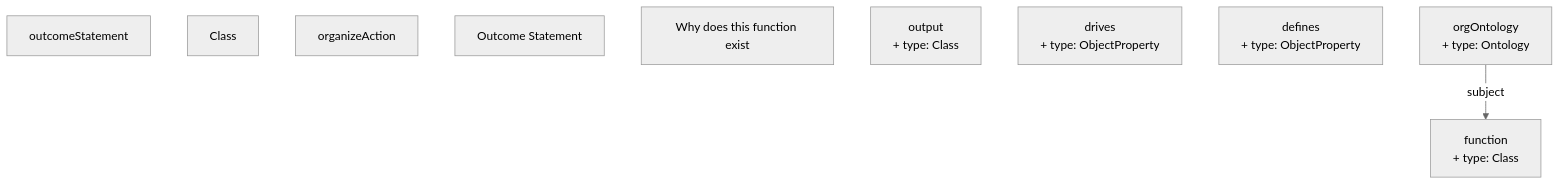
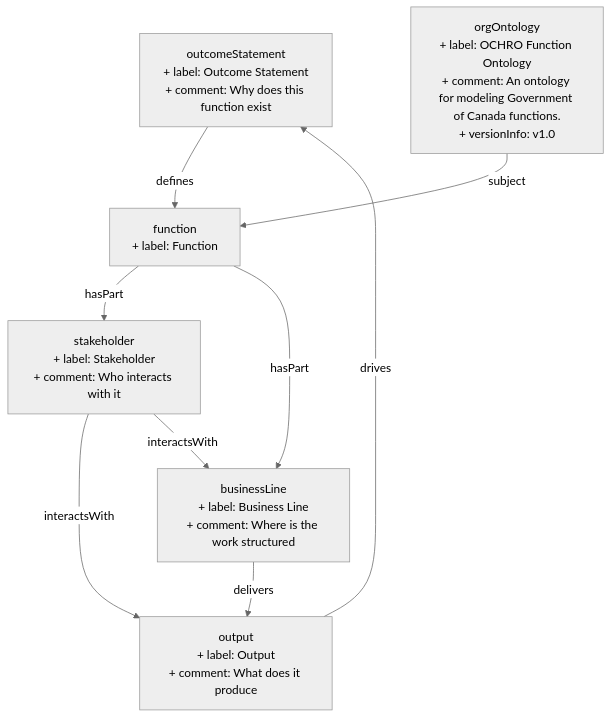
One commit to heidingaway/heidi2 changed the diagram in content/outcomeStatement.md. Above: the diagram before and after it, drawn with Mermaid (neutral theme). The commit also changed other lines of this file and 6 other files, not shown here.

````diff
--- a/content/outcomeStatement.md
+++ b/content/outcomeStatement.md
@@ -39,14 +43,17 @@
 ```mermaid
 graph TD
-  outcomeStatement["outcomeStatement"]
-  Class["Class"]
-  organizeAction["organizeAction"]
-  Outcome_Statement["Outcome Statement"]
-  Why_does_this_function_exist["Why does this function exist"]
-  function["function<br>+ type: Class"]
-  output["output<br>+ type: Class"]
-  drives["drives<br>+ type: ObjectProperty"]
-  defines["defines<br>+ type: ObjectProperty"]
-  orgOntology["orgOntology<br>+ type: Ontology"]
+  outcomeStatement["outcomeStatement<br>+ label: Outcome Statement<br>+ comment: Why does this function exist"]:::current-page-node
+  function["function<br>+ label: Function"]
+  output["output<br>+ label: Output<br>+ comment: What does it produce"]
+  stakeholder["stakeholder<br>+ label: Stakeholder<br>+ comment: Who interacts with it"]
+  businessLine["businessLine<br>+ label: Business Line<br>+ comment: Where is the work structured"]
+  orgOntology["orgOntology<br>+ label: OCHRO Function Ontology<br>+ comment: An ontology for modeling Government of Canada functions.<br>+ versionInfo: v1.0"]
+  function-->|" hasPart "|stakeholder
+  stakeholder-->|" interactsWith "|output
+  businessLine-->|" delivers "|output
+  function-->|" hasPart "|businessLine
+  outcomeStatement-->|" defines "|function
+  output-->|" drives "|outcomeStatement
+  stakeholder-->|" interactsWith "|businessLine
   orgOntology-->|" subject "|function
 ```
````
